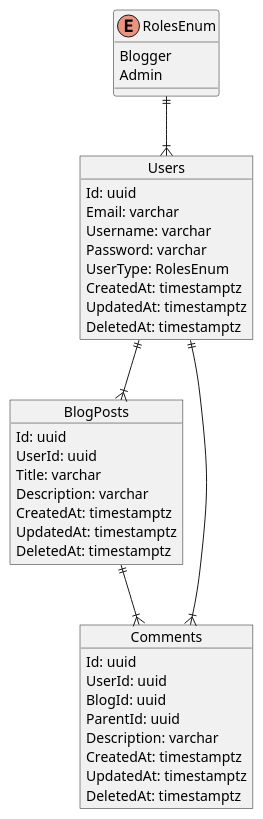
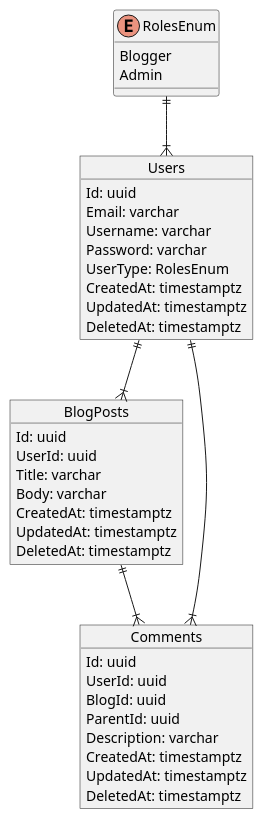
Before and after one commit to kelvinlee0225/blogmaster: the diagram in src/database/database-structure.md, drawn with PlantUML. The commit also changed 3 other files, not shown here.

Commit message:
Change description to body in blogpost entity

```diff
--- a/src/database/database-structure.md
+++ b/src/database/database-structure.md
@@ -1,45 +1,45 @@
 @startuml
 
 object Users {
 Id: uuid
 Email: varchar
 Username: varchar
 Password: varchar
 UserType: RolesEnum
 CreatedAt: timestamptz
 UpdatedAt: timestamptz
 DeletedAt: timestamptz
 }
 
 enum RolesEnum {
 Blogger
 Admin
 }
 
 object BlogPosts {
 Id: uuid
 UserId: uuid
 Title: varchar
-Description: varchar
+Body: varchar
 CreatedAt: timestamptz
 UpdatedAt: timestamptz
 DeletedAt: timestamptz
 }
 
 object Comments {
 Id: uuid
 UserId: uuid
 BlogId: uuid
 ParentId: uuid
 Description: varchar
 CreatedAt: timestamptz
 UpdatedAt: timestamptz
 DeletedAt: timestamptz
 }
 
 Users ||--|{ BlogPosts
 Users ||--|{ Comments
 BlogPosts ||--|{ Comments
 RolesEnum ||--|{ Users
 
 @enduml
```
